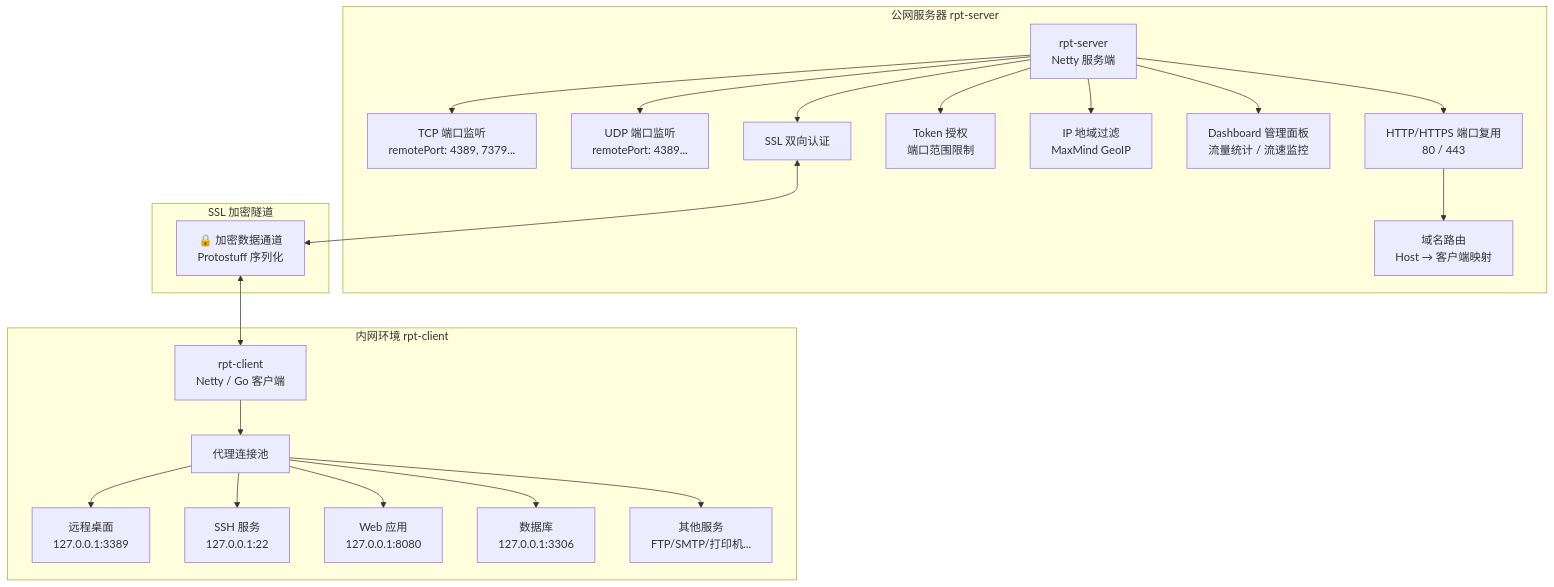
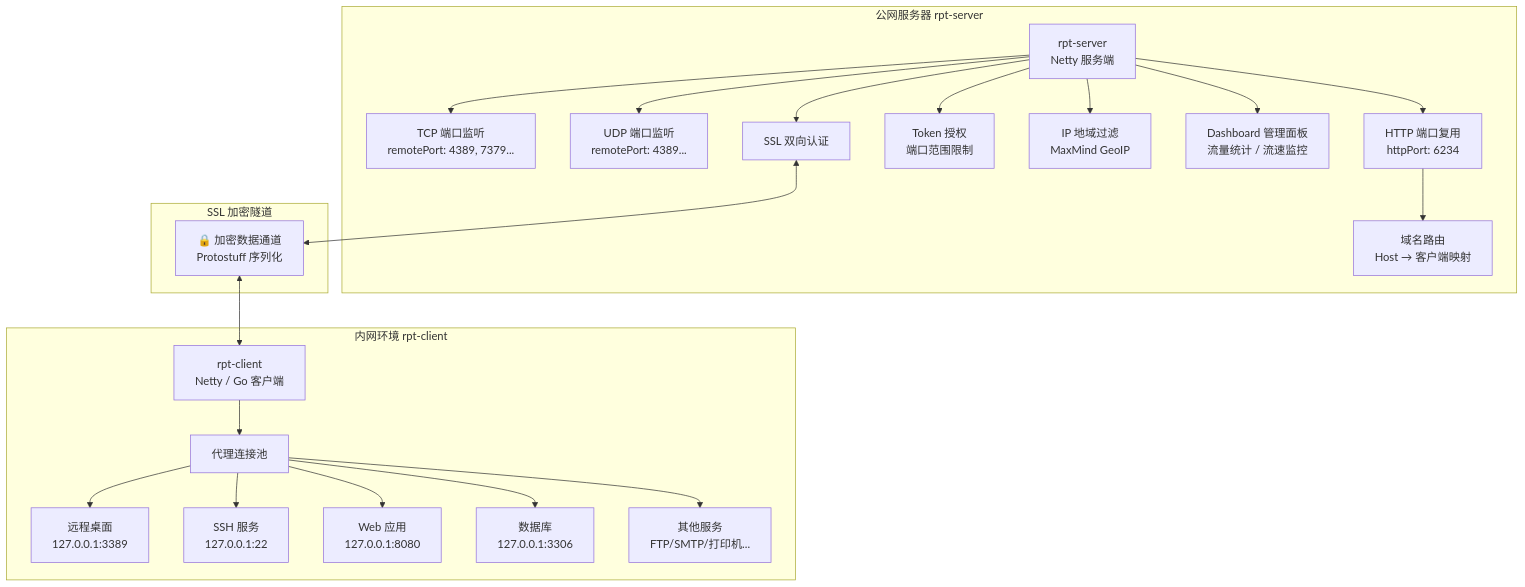
The second of 2 diagrams in README.md (iamlinhui/rpt), drawn with Mermaid before and after one commit. The commit also changed other lines of this file and 39 other files, not shown here.

````diff
--- a/README.md
+++ b/README.md
@@ -84,31 +84,31 @@
 ```mermaid
 graph TB
     subgraph "公网服务器 rpt-server"
         S["rpt-server<br/>Netty 服务端"]
         S --> TCP_BIND["TCP 端口监听<br/>remotePort: 4389, 7379..."]
         S --> UDP_BIND["UDP 端口监听<br/>remotePort: 4389..."]
-        S --> HTTP_BIND["HTTP/HTTPS 端口复用<br/>80 / 443"]
+        S --> HTTP_BIND["HTTP 端口复用<br/>httpPort: 6234"]
         HTTP_BIND --> ROUTE["域名路由<br/>Host → 客户端映射"]
         S --> AUTH["Token 授权<br/>端口范围限制"]
         S --> GEO["IP 地域过滤<br/>MaxMind GeoIP"]
         S --> DASH["Dashboard 管理面板<br/>流量统计 / 流速监控"]
         S --> SSL_S["SSL 双向认证"]
     end
 
     subgraph "SSL 加密隧道"
         TUNNEL["🔒 加密数据通道<br/>Protostuff 序列化"]
     end
 
     subgraph "内网环境 rpt-client"
         C["rpt-client<br/>Netty / Go 客户端"]
         C --> P1["代理连接池"]
         P1 --> RDP["远程桌面<br/>127.0.0.1:3389"]
         P1 --> SSH["SSH 服务<br/>127.0.0.1:22"]
         P1 --> WEB["Web 应用<br/>127.0.0.1:8080"]
         P1 --> DB["数据库<br/>127.0.0.1:3306"]
         P1 --> OTHER["其他服务<br/>FTP/SMTP/打印机..."]
     end
 
     SSL_S <--> TUNNEL
     TUNNEL <--> C
 ```
````
